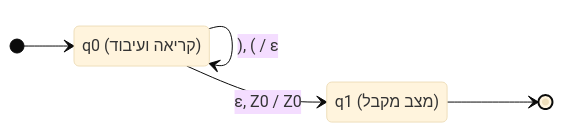
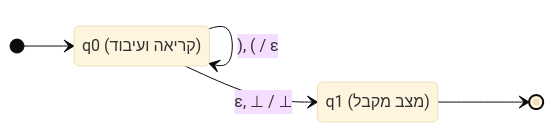
The third of 6 diagrams in modelim/disambiguation2.md (3strategy/BeautifulMivney), drawn with Mermaid (base theme) before and after one commit. The commit also changed other lines of this file and 5 other files, not shown here.

Commit message:
updated disambiguation2 and matala5. updated styles to fix mermaid rendering issues.

````diff
--- a/modelim/disambiguation2.md
+++ b/modelim/disambiguation2.md
@@ -96,22 +101,22 @@
 ```mermaid
 stateDiagram-v2
     direction LR
     
     state "q0 (קריאה ועיבוד)" as q0
     state "q1 (מצב מקבל)" as q1
     
     [*] --> q0
     
     %% מעברי דחיפה לסוגר פותח
-    q0 --> q0 : (, Z0 / ( Z0
+    q0 --> q0 : (, ⊥ / ( ⊥
     q0 --> q0 : (, ( / ( (
     
     %% מעבר שליפה לסוגר סוגר
     q0 --> q0 : ), ( / ε
     
     %% קבלה בסוף המילה
-    q0 --> q1 : ε, Z0 / Z0
+    q0 --> q1 : ε, ⊥ / ⊥
     
     q1 --> [*]
 
 ```
````
